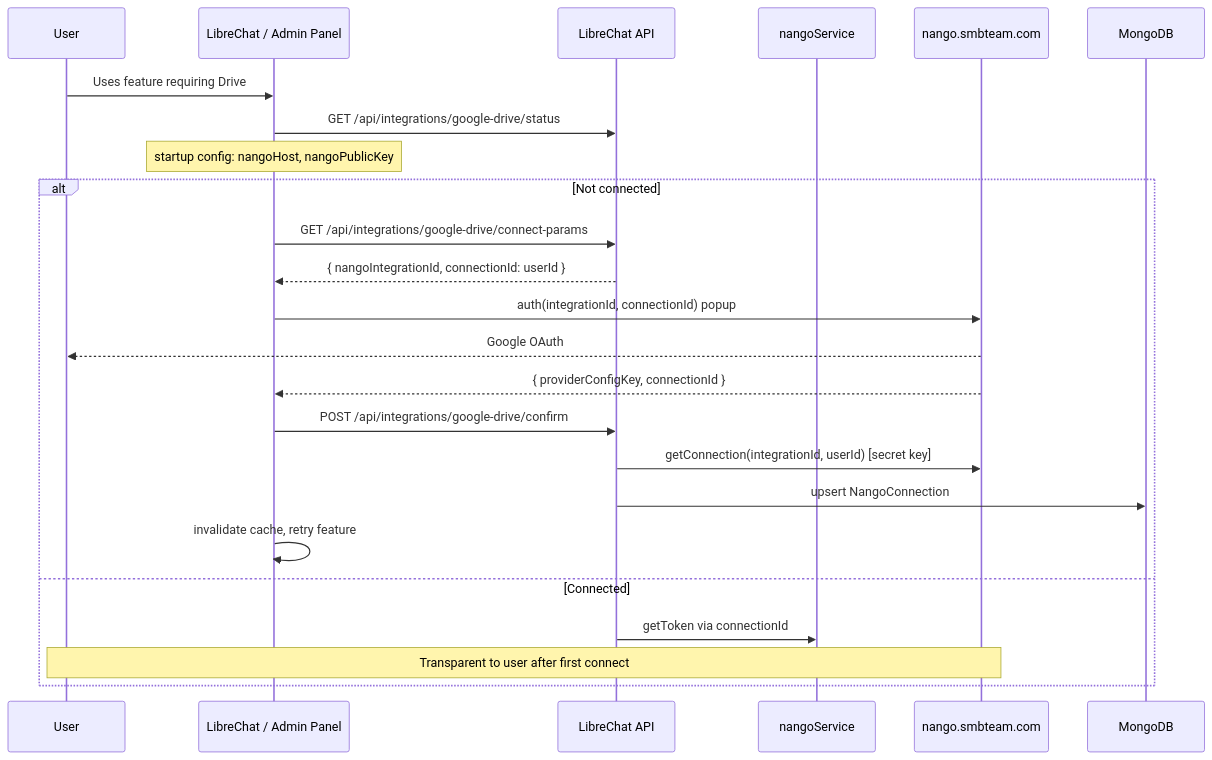
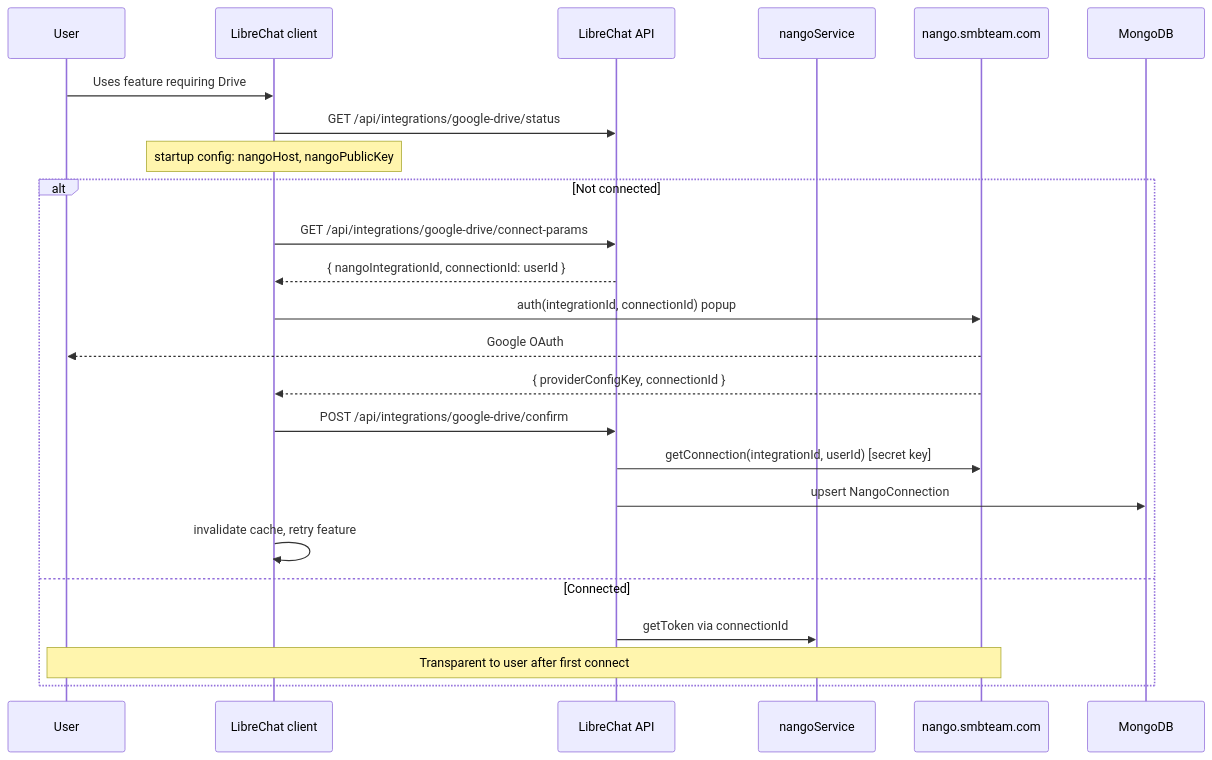
Before and after one commit to SMB-Team-Technology/AI-Workforce-Pro: the diagram in docs/NANGO_INTEGRATIONS.md, drawn with Mermaid. The commit also changed other lines of this file and 37 other files, not shown here.

````diff
--- a/docs/NANGO_INTEGRATIONS.md
+++ b/docs/NANGO_INTEGRATIONS.md
@@ -117,27 +120,27 @@
 ```mermaid
 sequenceDiagram
     participant User
-    participant Client as LibreChat / Admin Panel
+    participant Client as LibreChat client
     participant API as LibreChat API
     participant Svc as nangoService
     participant Nango as nango.smbteam.com
     participant DB as MongoDB
 
     User->>Client: Uses feature requiring Drive
     Client->>API: GET /api/integrations/google-drive/status
     Note over Client: startup config: nangoHost, nangoPublicKey
     alt Not connected
         Client->>API: GET /api/integrations/google-drive/connect-params
         API-->>Client: { nangoIntegrationId, connectionId: userId }
         Client->>Nango: auth(integrationId, connectionId) popup
         Nango-->>User: Google OAuth
         Nango-->>Client: { providerConfigKey, connectionId }
         Client->>API: POST /api/integrations/google-drive/confirm
         API->>Nango: getConnection(integrationId, userId) [secret key]
         API->>DB: upsert NangoConnection
         Client->>Client: invalidate cache, retry feature
     else Connected
         API->>Svc: getToken via connectionId
         Note over User,Nango: Transparent to user after first connect
     end
 ```
````
